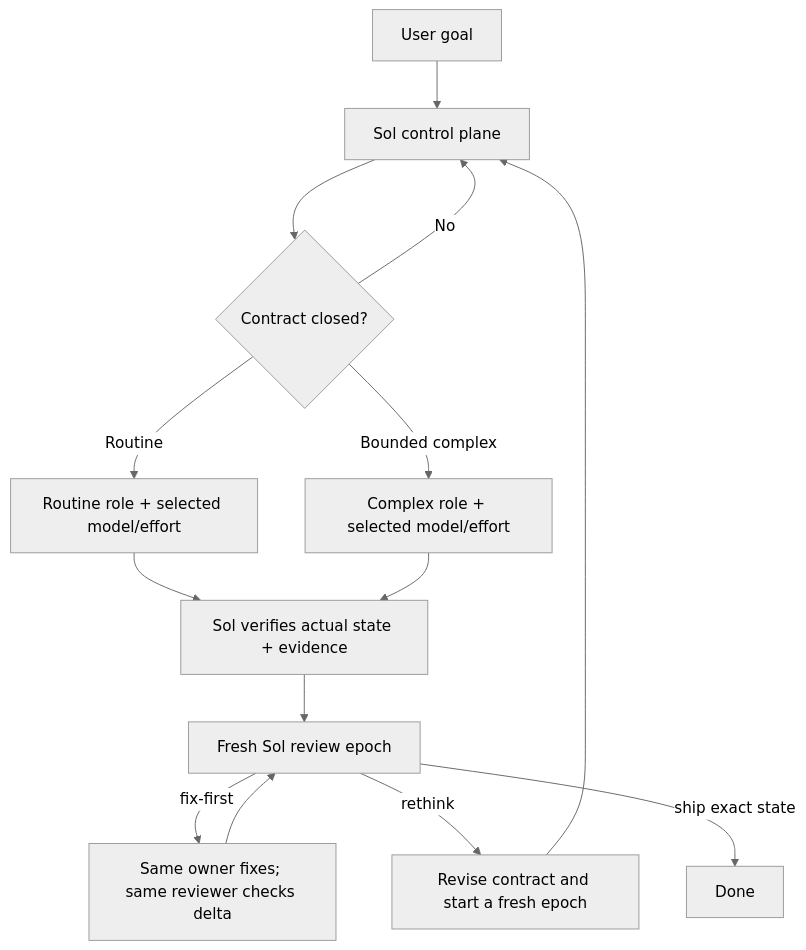
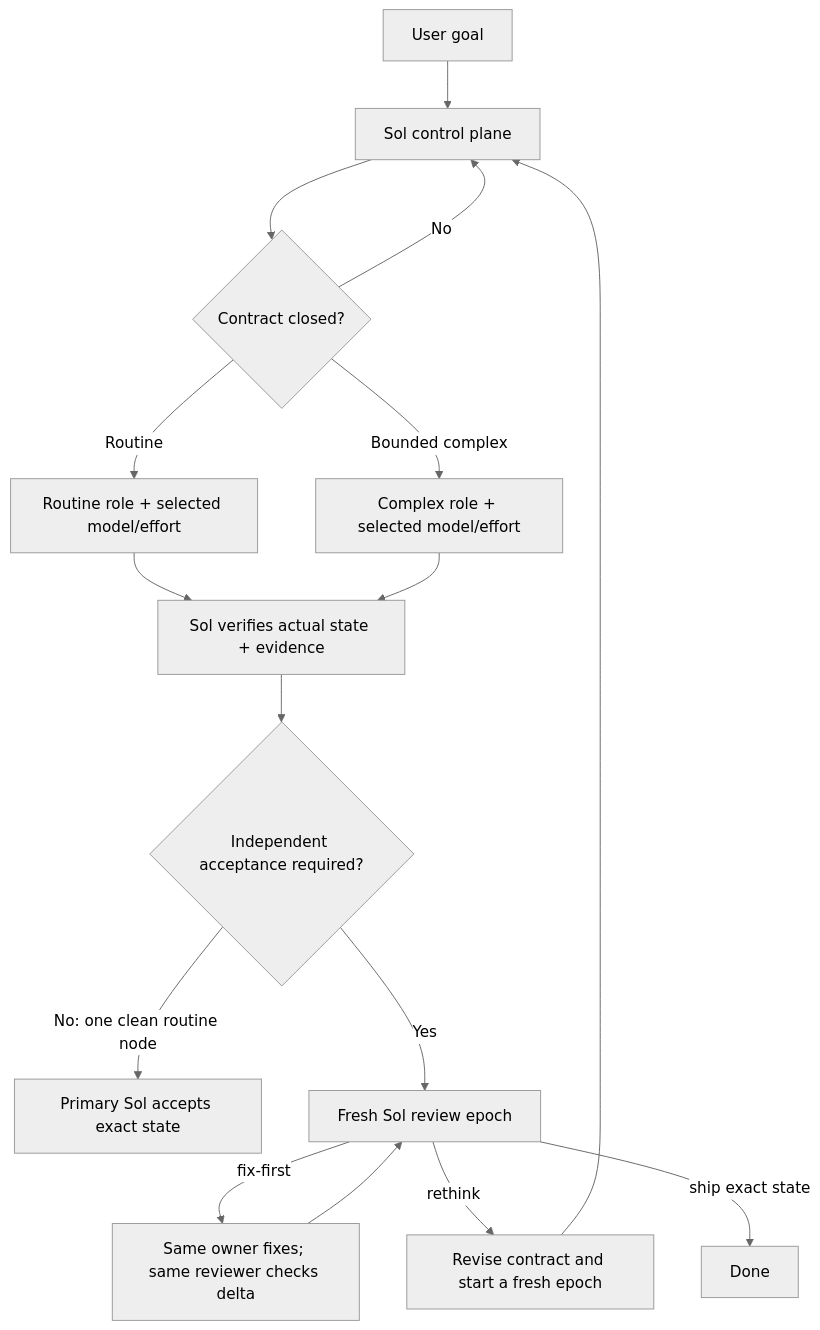
One commit to KirschBluteX/agent-orchestration-gateway changed the diagram in README.md. Above: the diagram before and after it, drawn with Mermaid (neutral theme). The commit also changed other lines of this file and 21 other files, not shown here.

````diff
--- a/README.md
+++ b/README.md
@@ -126,16 +133,18 @@
 ```mermaid
 flowchart TD
     U["User goal"] --> S["Sol control plane"]
     S --> C{"Contract closed?"}
     C -->|"No"| S
     C -->|"Routine"| L["Routine role + selected model/effort"]
     C -->|"Bounded complex"| T["Complex role + selected model/effort"]
     L --> V["Sol verifies actual state + evidence"]
     T --> V
-    V --> R["Fresh Sol review epoch"]
+    V --> A{"Independent acceptance required?"}
+    A -->|"No: one clean routine node"| D["Primary Sol accepts exact state"]
+    A -->|"Yes"| R["Fresh Sol review epoch"]
     R -->|"fix-first"| F["Same owner fixes; same reviewer checks delta"]
     F --> R
     R -->|"rethink"| N["Revise contract and start a fresh epoch"]
     N --> S
-    R -->|"ship exact state"| D["Done"]
+    R -->|"ship exact state"| Z["Done"]
 ```
````
